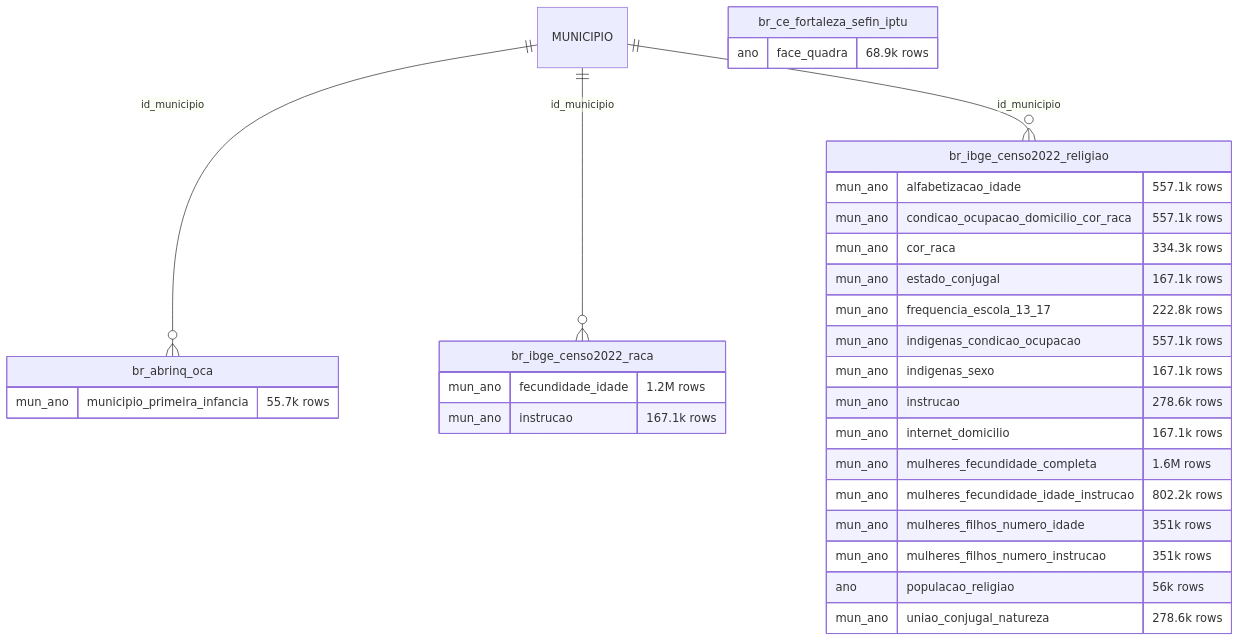
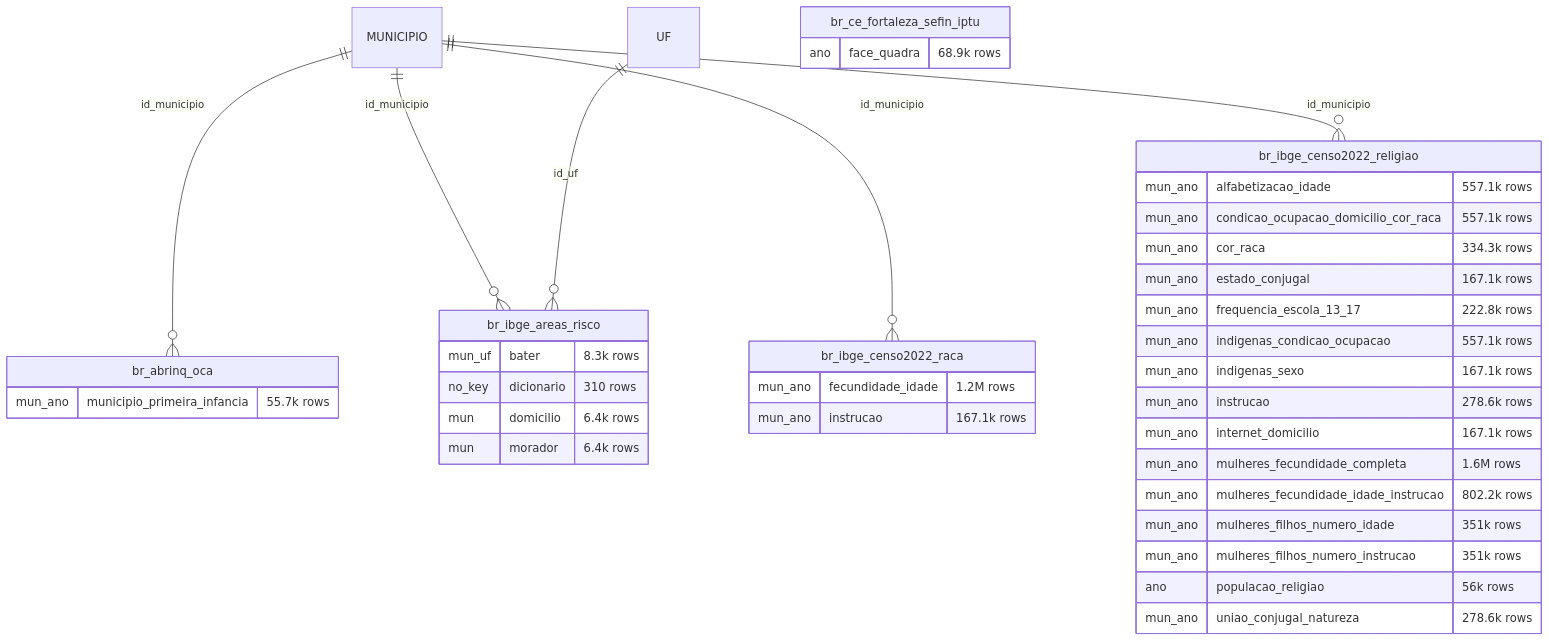
Diagram 26 of 37 in docs/mapa/ERD_EN.md (rafapolo/rodado), drawn with Mermaid before and after one commit. The commit also changed other lines of this file and 42 other files, not shown here.

````diff
--- a/docs/mapa/ERD_EN.md
+++ b/docs/mapa/ERD_EN.md
@@ -2192,33 +2336,41 @@
 ```mermaid
 erDiagram
     MUNICIPIO ||--o{ br_abrinq_oca : "id_municipio"
+    MUNICIPIO ||--o{ br_ibge_areas_risco : "id_municipio"
+    UF ||--o{ br_ibge_areas_risco : "id_uf"
     MUNICIPIO ||--o{ br_ibge_censo2022_raca : "id_municipio"
     MUNICIPIO ||--o{ br_ibge_censo2022_religiao : "id_municipio"
     br_abrinq_oca {
         mun_ano municipio_primeira_infancia "55.7k rows"
     }
     br_ce_fortaleza_sefin_iptu {
         ano face_quadra "68.9k rows"
+    }
+    br_ibge_areas_risco {
+        mun_uf bater "8.3k rows"
+        no_key dicionario "310 rows"
+        mun domicilio "6.4k rows"
+        mun morador "6.4k rows"
     }
     br_ibge_censo2022_raca {
         mun_ano fecundidade_idade "1.2M rows"
         mun_ano instrucao "167.1k rows"
     }
     br_ibge_censo2022_religiao {
         mun_ano alfabetizacao_idade "557.1k rows"
         mun_ano condicao_ocupacao_domicilio_cor_raca "557.1k rows"
         mun_ano cor_raca "334.3k rows"
         mun_ano estado_conjugal "167.1k rows"
         mun_ano frequencia_escola_13_17 "222.8k rows"
         mun_ano indigenas_condicao_ocupacao "557.1k rows"
         mun_ano indigenas_sexo "167.1k rows"
         mun_ano instrucao "278.6k rows"
         mun_ano internet_domicilio "167.1k rows"
         mun_ano mulheres_fecundidade_completa "1.6M rows"
         mun_ano mulheres_fecundidade_idade_instrucao "802.2k rows"
         mun_ano mulheres_filhos_numero_idade "351k rows"
         mun_ano mulheres_filhos_numero_instrucao "351k rows"
         ano populacao_religiao "56k rows"
         mun_ano uniao_conjugal_natureza "278.6k rows"
     }
 ```
````
